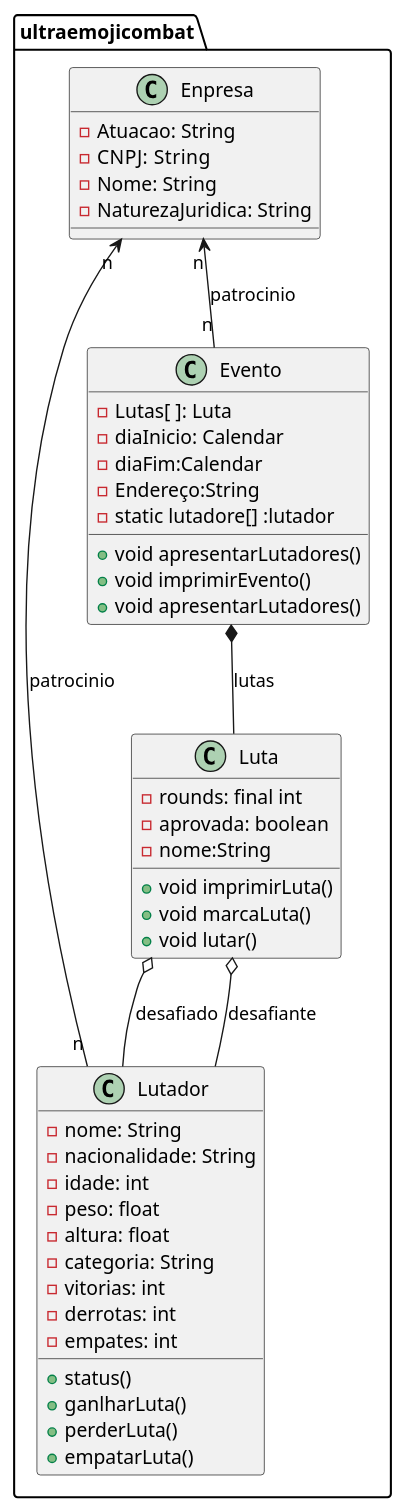
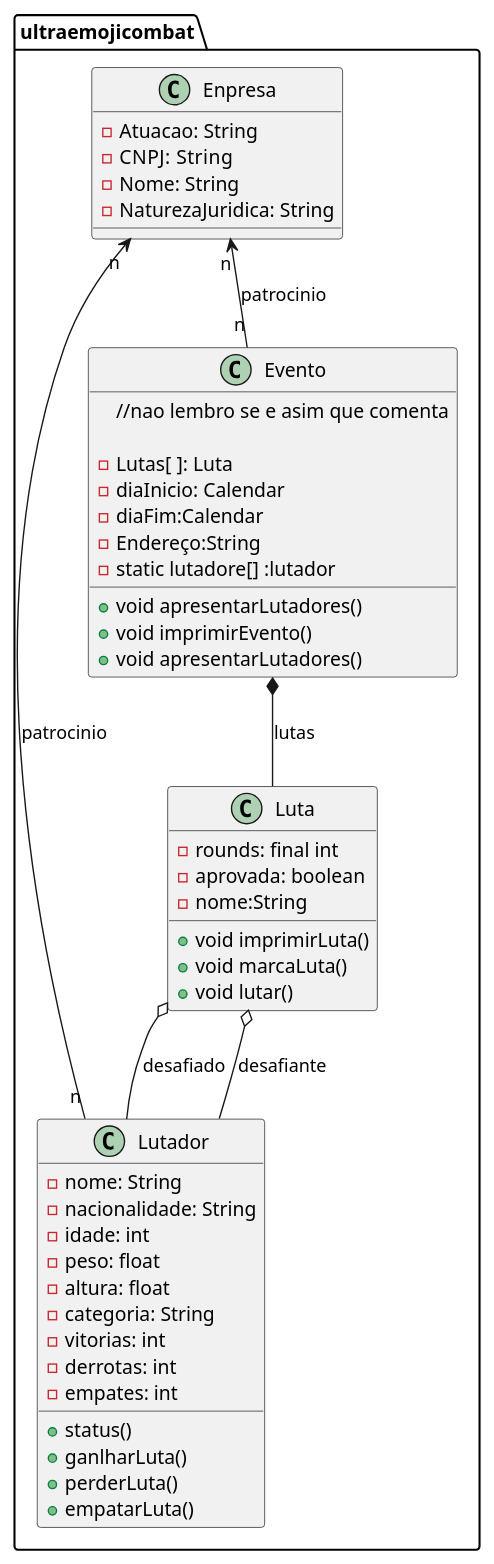
The diagram in exercicio.wsd (guisiq/ultraemojicombat), drawn with PlantUML before and after one commit.

Commit message:
comitando em uma ramificacao

```diff
--- a/exercicio.wsd
+++ b/exercicio.wsd
@@ -1,50 +1,52 @@
 @startuml exercicio
 package  ultraemojicombat <<folder>>{
 
     class Lutador{
         - nome: String
         - nacionalidade: String
         - idade: int   
         - peso: float 
         - altura: float 
         - categoria: String
         - vitorias: int   
         - derrotas: int   
         - empates: int   
 
         + status()
         + ganlharLuta()
         + perderLuta()
         + empatarLuta()    
     }
     class Luta{
         - rounds: final int
         - aprovada: boolean
         - nome:String
         + void imprimirLuta()
         + void marcaLuta()
         + void lutar()
     }
     class Enpresa{
         - Atuacao: String
         - CNPJ:  String
         - Nome: String
         - NaturezaJuridica: String
     }
     class Evento{
+        //nao lembro se e asim que comenta 
+
         - Lutas[ ]: Luta
         - diaInicio: Calendar
         - diaFim:Calendar
         - Endereço:String
         - static lutadore[] :lutador
         + void apresentarLutadores()
         + void imprimirEvento()
         + void apresentarLutadores()
     }
     Evento *-- Luta: lutas
     Luta o-- Lutador: desafiado
     Luta o-- Lutador: desafiante
     Enpresa "n" <-- "n" Lutador :patrocinio
     Enpresa "n" <-- "n" Evento  :patrocinio
 }
 @enduml
```
